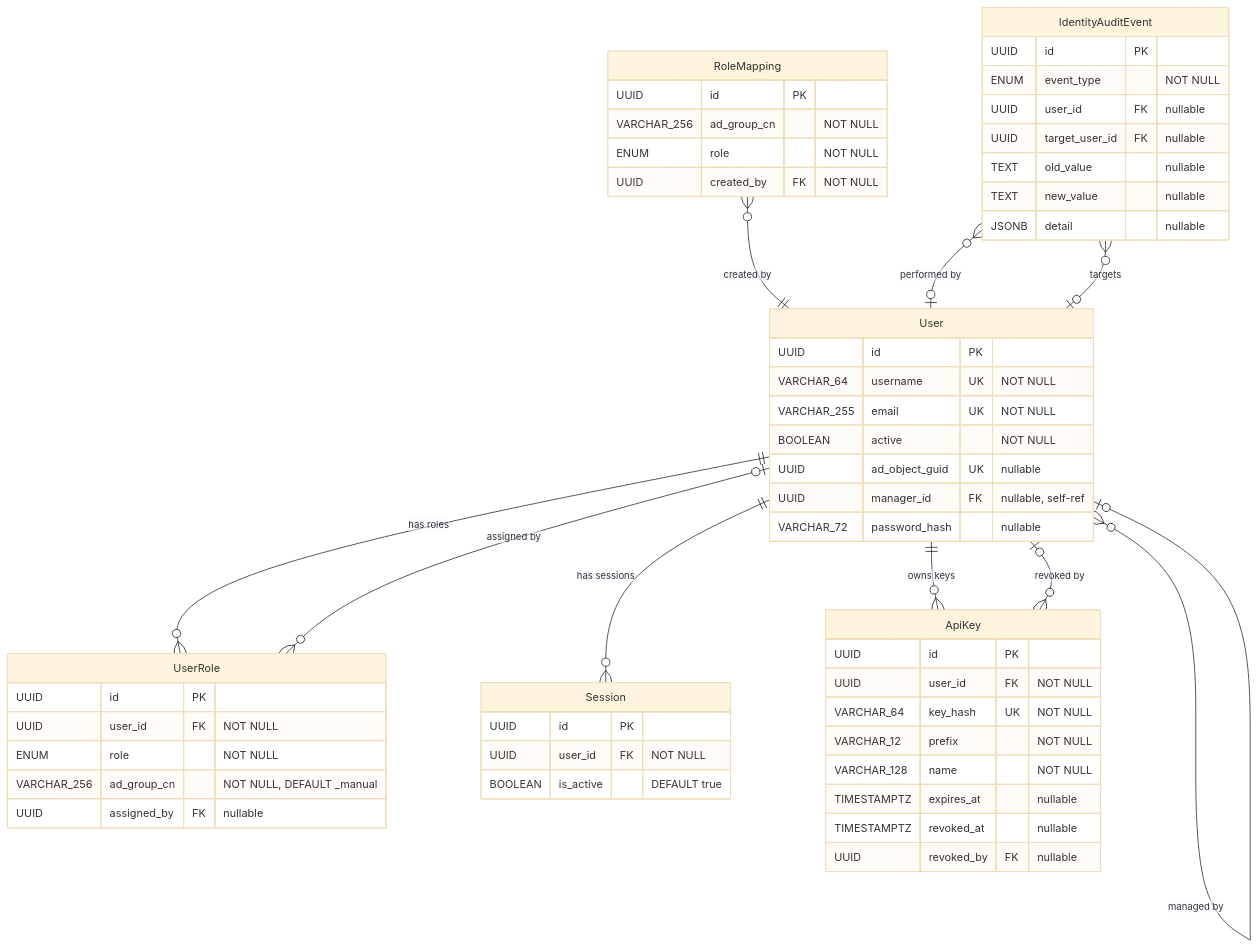
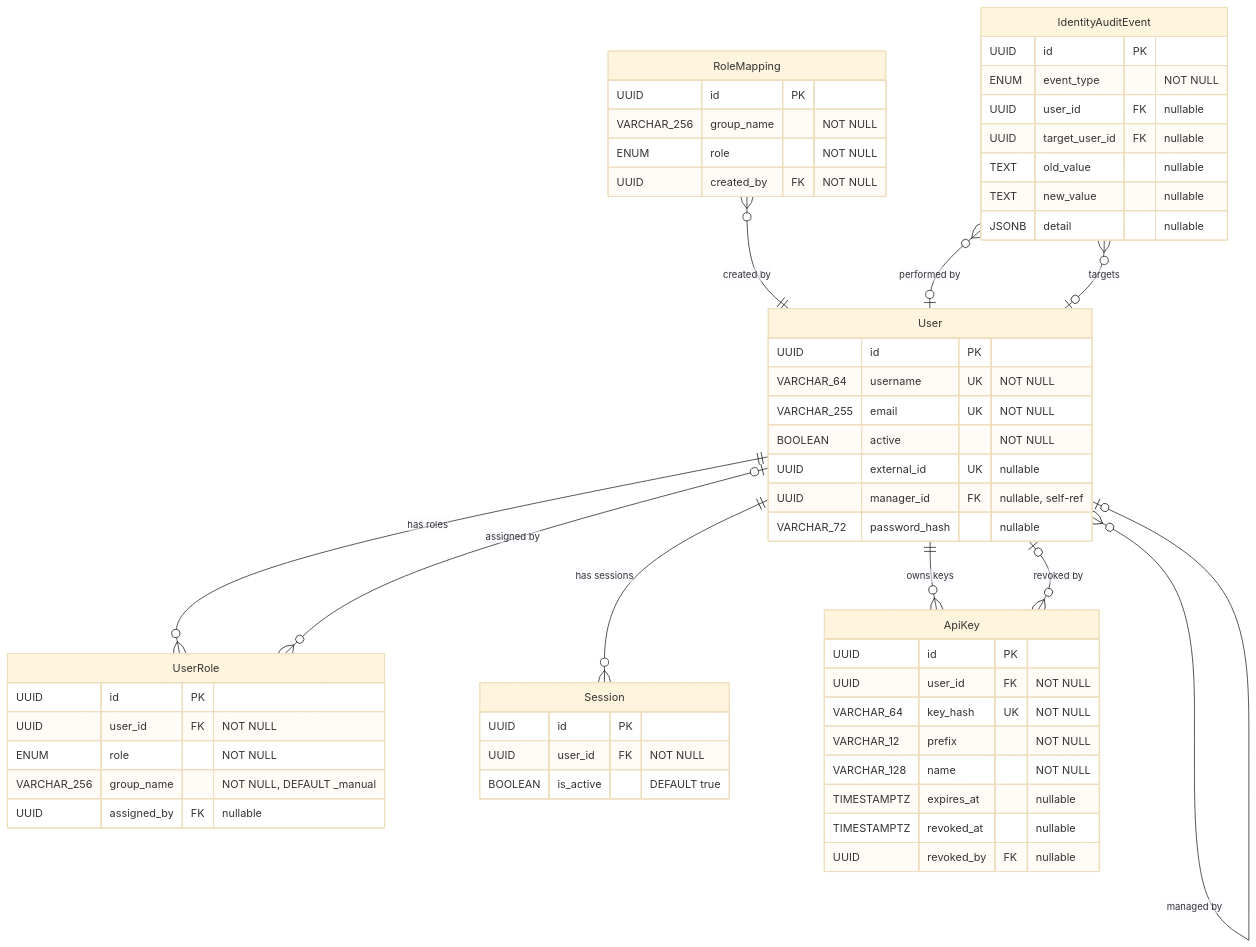
One commit to StayPirate/STAMP changed the fourth of 6 diagrams in docs/data-model.md. Above: the diagram before and after it, drawn with Mermaid (base theme). The commit also changed other lines of this file and 26 other files, not shown here.

````diff
--- a/docs/data-model.md
+++ b/docs/data-model.md
@@ -254,59 +254,59 @@
 ```mermaid
 erDiagram
     User {
         UUID id PK
         VARCHAR_64 username UK "NOT NULL"
         VARCHAR_255 email UK "NOT NULL"
         BOOLEAN active "NOT NULL"
-        UUID ad_object_guid UK "nullable"
+        UUID external_id UK "nullable"
         UUID manager_id FK "nullable, self-ref"
         VARCHAR_72 password_hash "nullable"
     }
     UserRole {
         UUID id PK
         UUID user_id FK "NOT NULL"
         ENUM role "NOT NULL"
-        VARCHAR_256 ad_group_cn "NOT NULL, DEFAULT _manual"
+        VARCHAR_256 group_name "NOT NULL, DEFAULT _manual"
         UUID assigned_by FK "nullable"
     }
     RoleMapping {
         UUID id PK
-        VARCHAR_256 ad_group_cn "NOT NULL"
+        VARCHAR_256 group_name "NOT NULL"
         ENUM role "NOT NULL"
         UUID created_by FK "NOT NULL"
     }
     Session {
         UUID id PK
         UUID user_id FK "NOT NULL"
         BOOLEAN is_active "DEFAULT true"
     }
     ApiKey {
         UUID id PK
         UUID user_id FK "NOT NULL"
         VARCHAR_64 key_hash UK "NOT NULL"
         VARCHAR_12 prefix "NOT NULL"
         VARCHAR_128 name "NOT NULL"
         TIMESTAMPTZ expires_at "nullable"
         TIMESTAMPTZ revoked_at "nullable"
         UUID revoked_by FK "nullable"
     }
     IdentityAuditEvent {
         UUID id PK
         ENUM event_type "NOT NULL"
         UUID user_id FK "nullable"
         UUID target_user_id FK "nullable"
         TEXT old_value "nullable"
         TEXT new_value "nullable"
         JSONB detail "nullable"
     }
 
     User ||--o{ UserRole : "has roles"
     User ||--o{ Session : "has sessions"
     User ||--o{ ApiKey : "owns keys"
     User }o--o| User : "managed by"
     UserRole }o--o| User : "assigned by"
     RoleMapping }o--|| User : "created by"
     ApiKey }o--o| User : "revoked by"
     IdentityAuditEvent }o--o| User : "performed by"
     IdentityAuditEvent }o--o| User : "targets"
 ```
````
